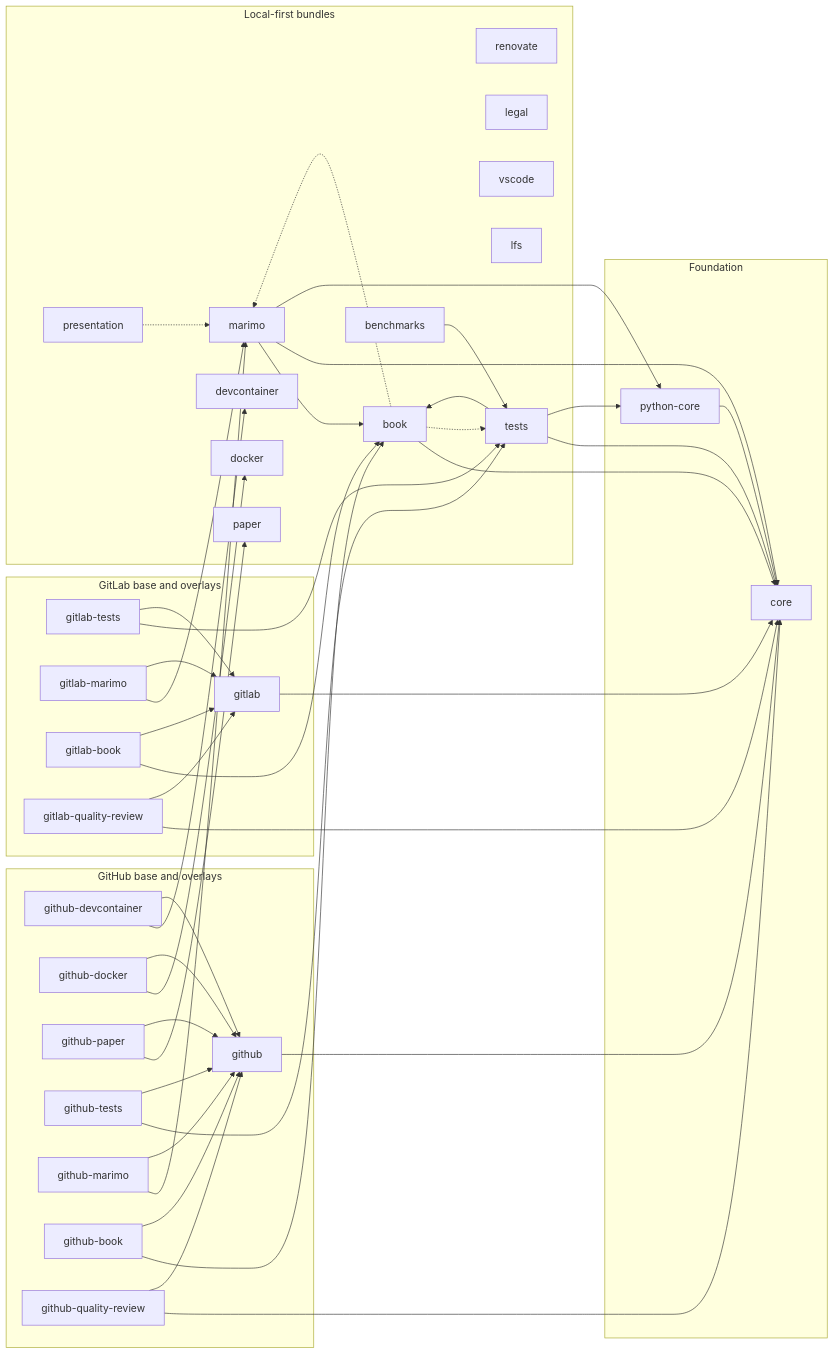
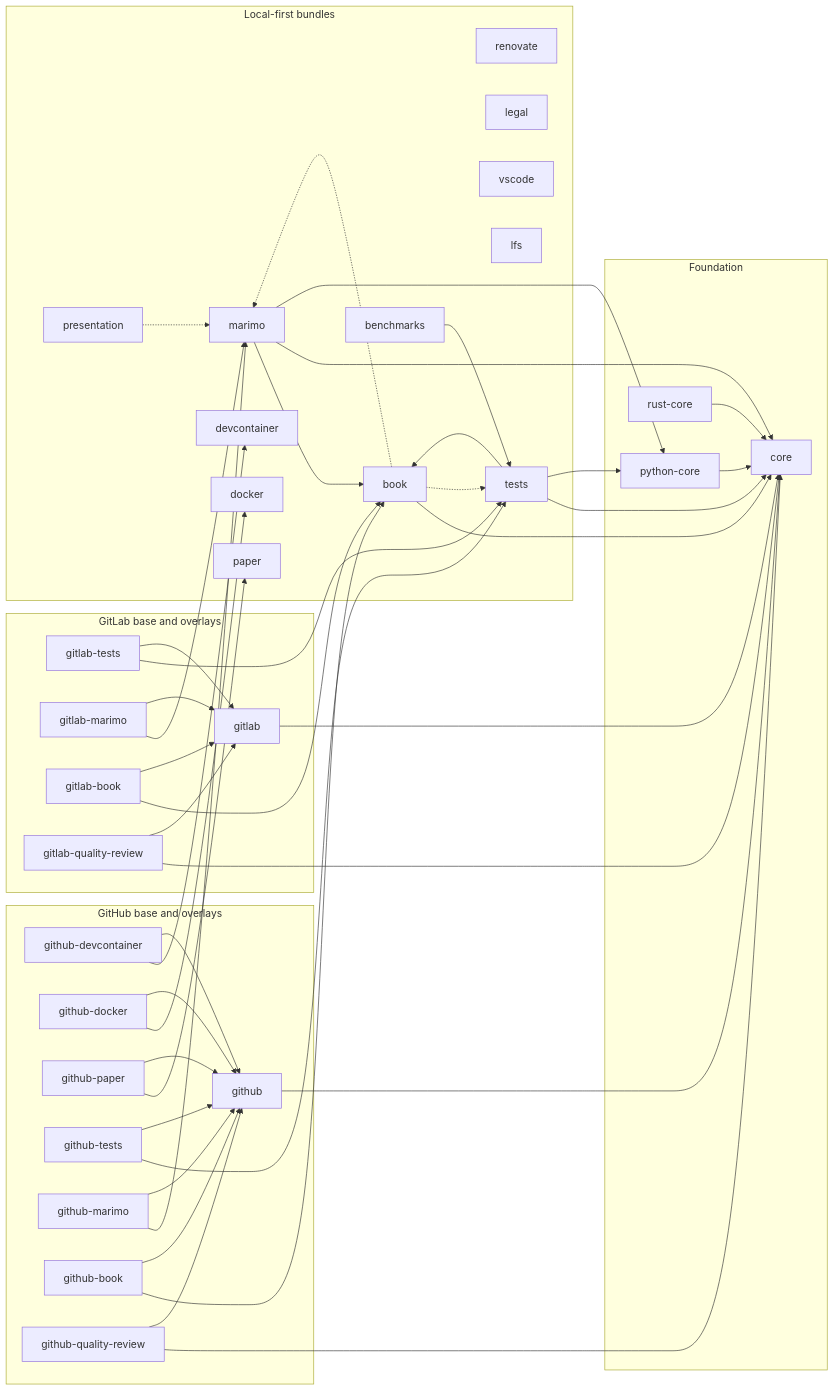
Before and after one commit to Jebel-Quant/rhiza: the diagram in docs/reference/GLOSSARY.md, drawn with Mermaid. The commit also changed 17 other files, not shown here.

First line of the commit message:
feat(rust): add the rust-core language layer and a rust-local profile (#1450)

````diff
--- a/docs/reference/GLOSSARY.md
+++ b/docs/reference/GLOSSARY.md
@@ -42,78 +42,80 @@
 ```mermaid
 flowchart LR
     subgraph Foundation["Foundation"]
         core["core"]
         python_core["python-core"]
+        rust_core["rust-core"]
     end
 
     subgraph Local["Local-first bundles"]
         renovate["renovate"]
         legal["legal"]
         devcontainer["devcontainer"]
         vscode["vscode"]
         docker["docker"]
         lfs["lfs"]
         presentation["presentation"]
         paper["paper"]
         book["book"]
         tests["tests"]
         benchmarks["benchmarks"]
         marimo["marimo"]
     end
 
     subgraph GitHub["GitHub base and overlays"]
         github["github"]
         github_devcontainer["github-devcontainer"]
         github_docker["github-docker"]
         github_paper["github-paper"]
         github_tests["github-tests"]
         github_marimo["github-marimo"]
         github_book["github-book"]
         github_quality_review["github-quality-review"]
     end
 
     subgraph GitLab["GitLab base and overlays"]
         gitlab["gitlab"]
         gitlab_tests["gitlab-tests"]
         gitlab_marimo["gitlab-marimo"]
         gitlab_book["gitlab-book"]
         gitlab_quality_review["gitlab-quality-review"]
     end
 
     python_core --> core
+    rust_core --> core
     github --> core
     gitlab --> core
     book --> core
     tests --> book
     tests --> core
     tests --> python_core
     benchmarks --> tests
     marimo --> book
     marimo --> core
     marimo --> python_core
     github_devcontainer --> devcontainer
     github_devcontainer --> github
     github_docker --> docker
     github_docker --> github
     github_paper --> paper
     github_paper --> github
     github_tests --> tests
     github_tests --> github
     github_marimo --> marimo
     github_marimo --> github
     github_book --> book
     github_book --> github
     github_quality_review --> core
     github_quality_review --> github
     gitlab_tests --> tests
     gitlab_tests --> gitlab
     gitlab_marimo --> marimo
     gitlab_marimo --> gitlab
     gitlab_book --> book
     gitlab_book --> gitlab
     gitlab_quality_review --> core
     gitlab_quality_review --> gitlab
     presentation -.-> marimo
     book -.-> tests
     book -.-> marimo
 ```
````
